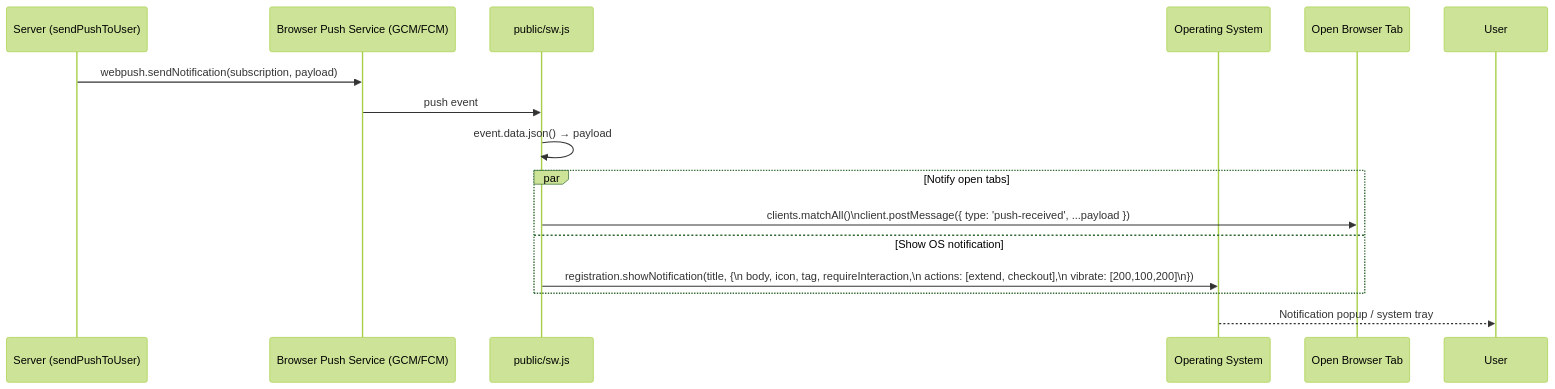
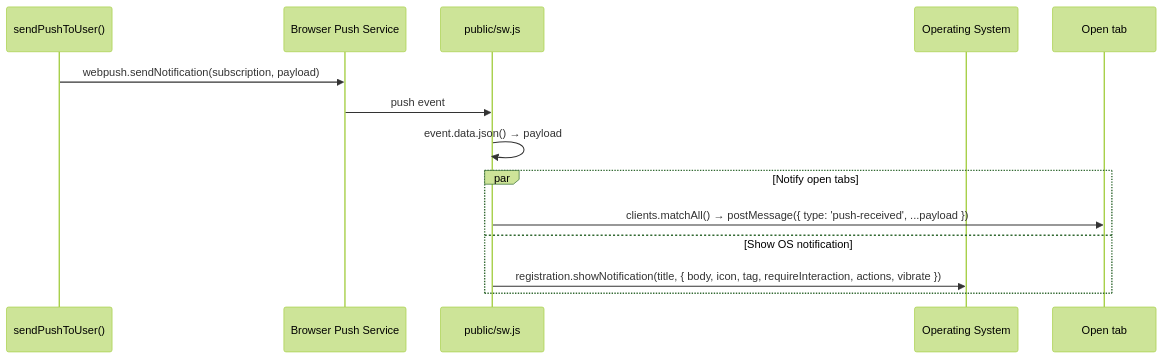
One commit to ksharma20/checkmark changed the third of 5 diagrams in docs/architecture/notification-flow.md. Above: the diagram before and after it, drawn with Mermaid (forest theme). The commit also changed other lines of this file and 296 other files, not shown here.

````diff
--- a/docs/architecture/notification-flow.md
+++ b/docs/architecture/notification-flow.md
@@ -109,21 +333,17 @@
 ```mermaid
 sequenceDiagram
-  participant Server as Server (sendPushToUser)
-  participant PS as Browser Push Service (GCM/FCM)
+  participant Server as sendPushToUser()
+  participant PS as Browser Push Service
   participant SW as public/sw.js
   participant OS as Operating System
-  participant Page as Open Browser Tab
+  participant Page as Open tab
 
   Server->>PS: webpush.sendNotification(subscription, payload)
   PS->>SW: push event
-
   SW->>SW: event.data.json() → payload
-
   par Notify open tabs
-    SW->>Page: clients.matchAll()\nclient.postMessage({ type: 'push-received', ...payload })
+    SW->>Page: clients.matchAll() → postMessage({ type: 'push-received', ...payload })
   and Show OS notification
-    SW->>OS: registration.showNotification(title, {\n  body, icon, tag, requireInteraction,\n  actions: [extend, checkout],\n  vibrate: [200,100,200]\n})
+    SW->>OS: registration.showNotification(title, { body, icon, tag, requireInteraction, actions, vibrate })
   end
-
-  OS-->>User: Notification popup / system tray
 ```
````
